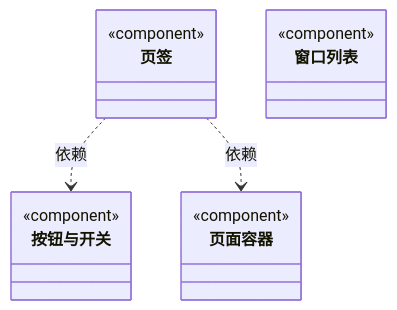
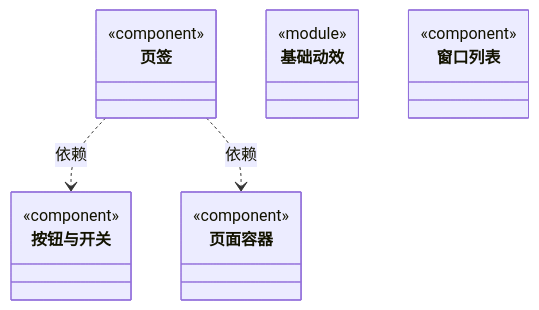
One commit to nan023062/cbim changed the diagram in src/framework-ui/ARCHITECTURE.md. Above: the diagram before and after it, drawn with Mermaid. The commit also changed other lines of this file and 28 other files, not shown here.

````diff
--- a/src/framework-ui/ARCHITECTURE.md
+++ b/src/framework-ui/ARCHITECTURE.md
@@ -22,21 +25,25 @@
 ```mermaid
 classDiagram
 class N_d6cfce102f6a["页签"] {
   <<component>>
 }
 click N_d6cfce102f6a href "tabs.tsx"
 class N_839af352b600["按钮与开关"] {
   <<component>>
 }
 click N_839af352b600 href "controls.tsx"
 class N_b7085d8c631d["页面容器"] {
   <<component>>
 }
 click N_b7085d8c631d href "screen.tsx"
+class N_eb4a81dc8613["基础动效"] {
+  <<module>>
+}
+click N_eb4a81dc8613 href "ui-tween.css"
 class N_96f821f2c714["窗口列表"] {
   <<component>>
 }
 click N_96f821f2c714 href "list.tsx"
 N_d6cfce102f6a ..> N_839af352b600 : 依赖
 N_d6cfce102f6a ..> N_b7085d8c631d : 依赖
 ```
````
